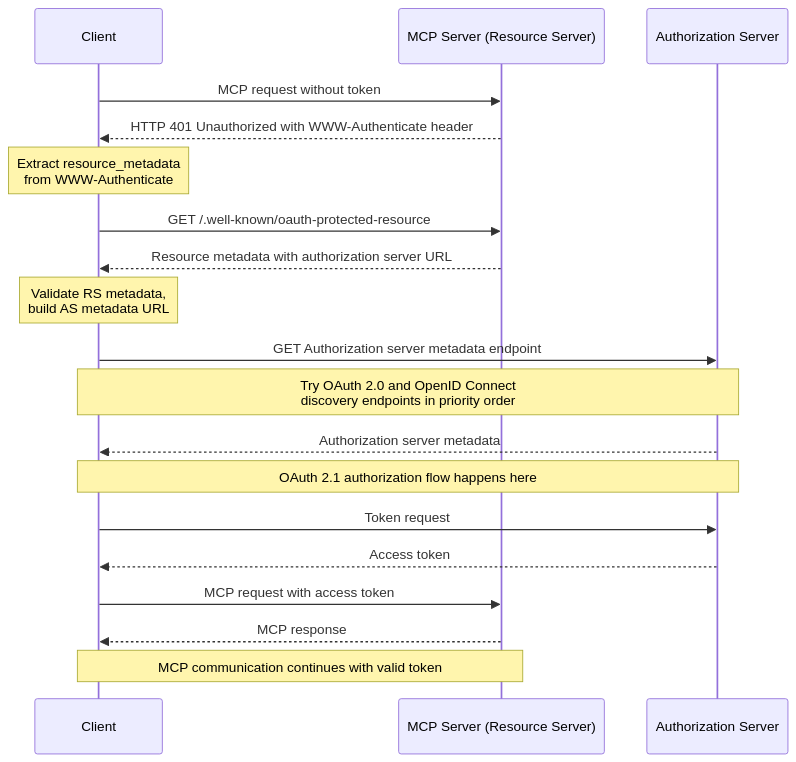
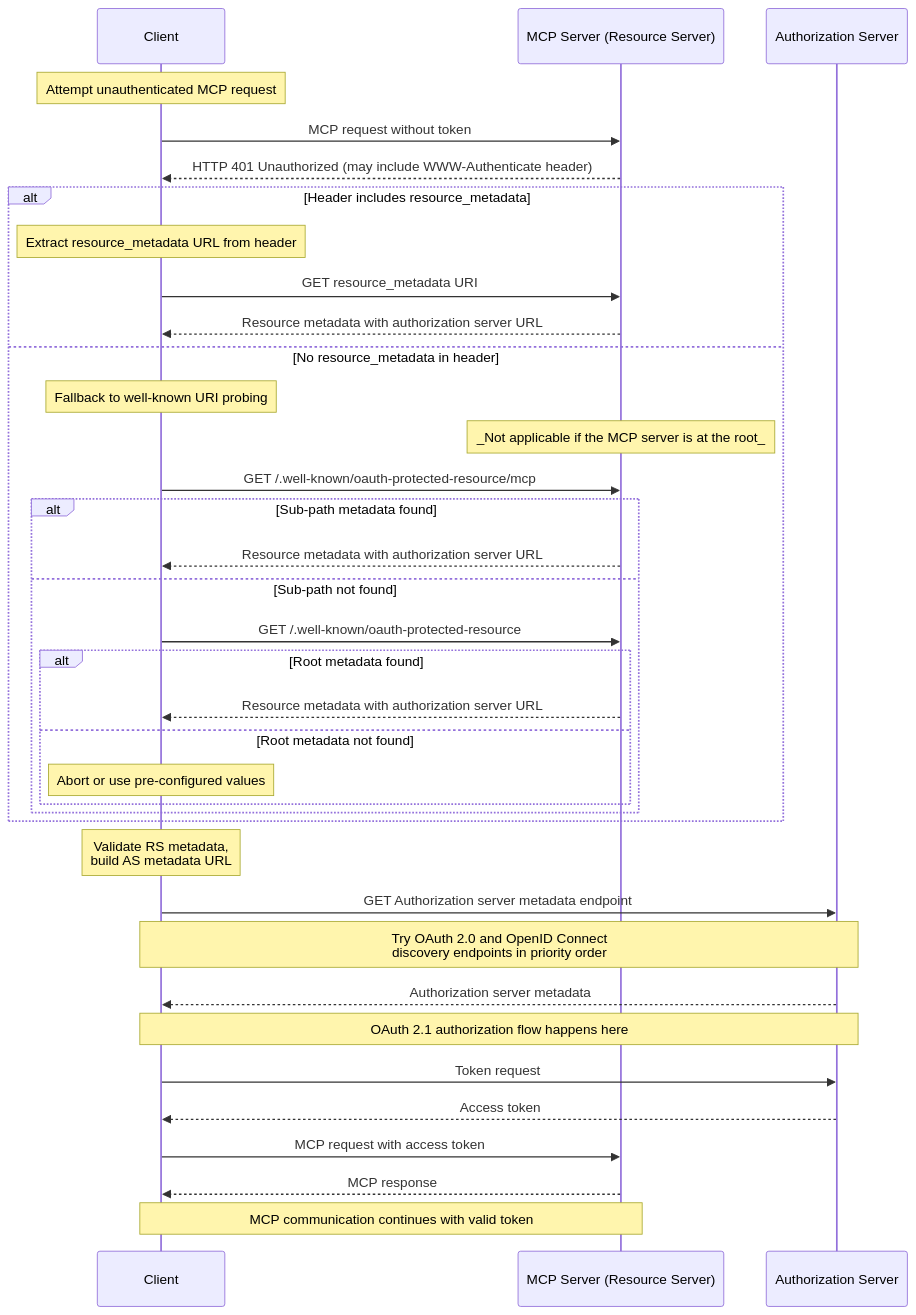
The first of 2 diagrams in docs/specification/draft/basic/authorization.mdx (enclawed/omcp), drawn with Mermaid before and after one commit. The commit also changed other lines of this file, not shown here.

Commit message:
SEP-985: Updating the Authorization spec to fallback to WWW-Authenticate when Protected Resource Metadata is not found (#971)
* Updating the Authorization spec to fallback to WWW-Authenticate when Protected Resource Metadata is not found

* Updating the sequence diagram based on SEP changes

* clarify metadata hosting options

* make mermaid more explicit

* Apply suggestions from code review

* Update docs/specification/draft/basic/authorization.mdx

* Apply suggestions from code review

* Apply suggestions from code review

* formatting

---------

````diff
--- a/docs/specification/draft/basic/authorization.mdx
+++ b/docs/specification/draft/basic/authorization.mdx
@@ -117,27 +124,45 @@
 ```mermaid
 sequenceDiagram
     participant C as Client
     participant M as MCP Server (Resource Server)
     participant A as Authorization Server
 
+    Note over C: Attempt unauthenticated MCP request
     C->>M: MCP request without token
-    M-->>C: HTTP 401 Unauthorized with WWW-Authenticate header
-    Note over C: Extract resource_metadata<br />from WWW-Authenticate
+    M-->>C: HTTP 401 Unauthorized (may include WWW-Authenticate header)
 
-    C->>M: GET /.well-known/oauth-protected-resource
-    M-->>C: Resource metadata with authorization server URL
+    alt Header includes resource_metadata
+        Note over C: Extract resource_metadata URL from header
+        C->>M: GET resource_metadata URI
+        M-->>C: Resource metadata with authorization server URL
+    else No resource_metadata in header
+        Note over C: Fallback to well-known URI probing
+        Note over M: _Not applicable if the MCP server is at the root_
+        C->>M: GET /.well-known/oauth-protected-resource/mcp
+        alt Sub-path metadata found
+            M-->>C: Resource metadata with authorization server URL
+        else Sub-path not found
+            C->>M: GET /.well-known/oauth-protected-resource
+            alt Root metadata found
+                M-->>C: Resource metadata with authorization server URL
+            else Root metadata not found
+                Note over C: Abort or use pre-configured values
+            end
+        end
+    end
+
     Note over C: Validate RS metadata,<br />build AS metadata URL
 
     C->>A: GET Authorization server metadata endpoint
     Note over C,A: Try OAuth 2.0 and OpenID Connect<br/>discovery endpoints in priority order
     A-->>C: Authorization server metadata
 
     Note over C,A: OAuth 2.1 authorization flow happens here
 
     C->>A: Token request
     A-->>C: Access token
 
     C->>M: MCP request with access token
     M-->>C: MCP response
     Note over C,M: MCP communication continues with valid token
 ```
````
